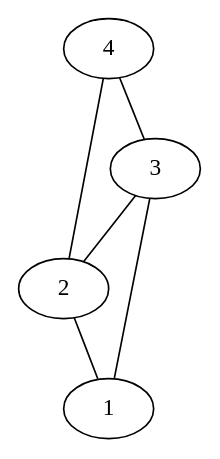
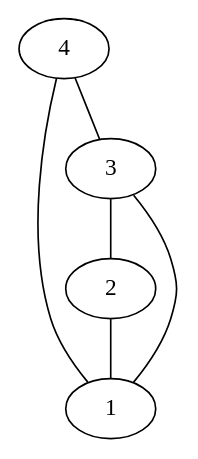
One commit to felixble/htw-ava-ws16-rumor changed the diagram in config/graph2.dot. Above: the diagram before and after it, drawn with Graphviz. The commit also changed 13 other files, not shown here.

```diff
--- a/config/graph2.dot
+++ b/config/graph2.dot
@@ -1,7 +1,7 @@
 graph G {
 2 -- 1;
 3 -- 1;
+4 -- 1;
+3 -- 2;
 4 -- 3;
-3 -- 2;
-4 -- 2;
 }
```
